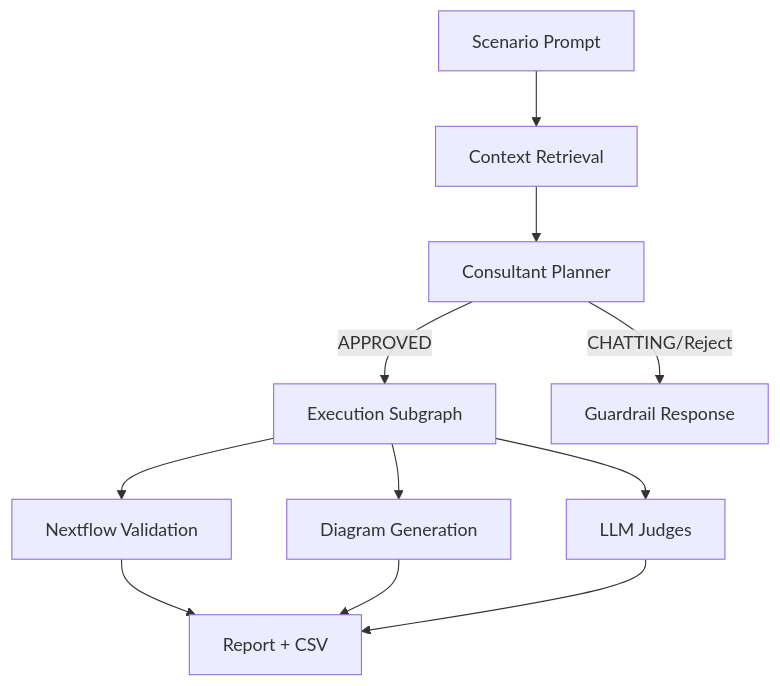
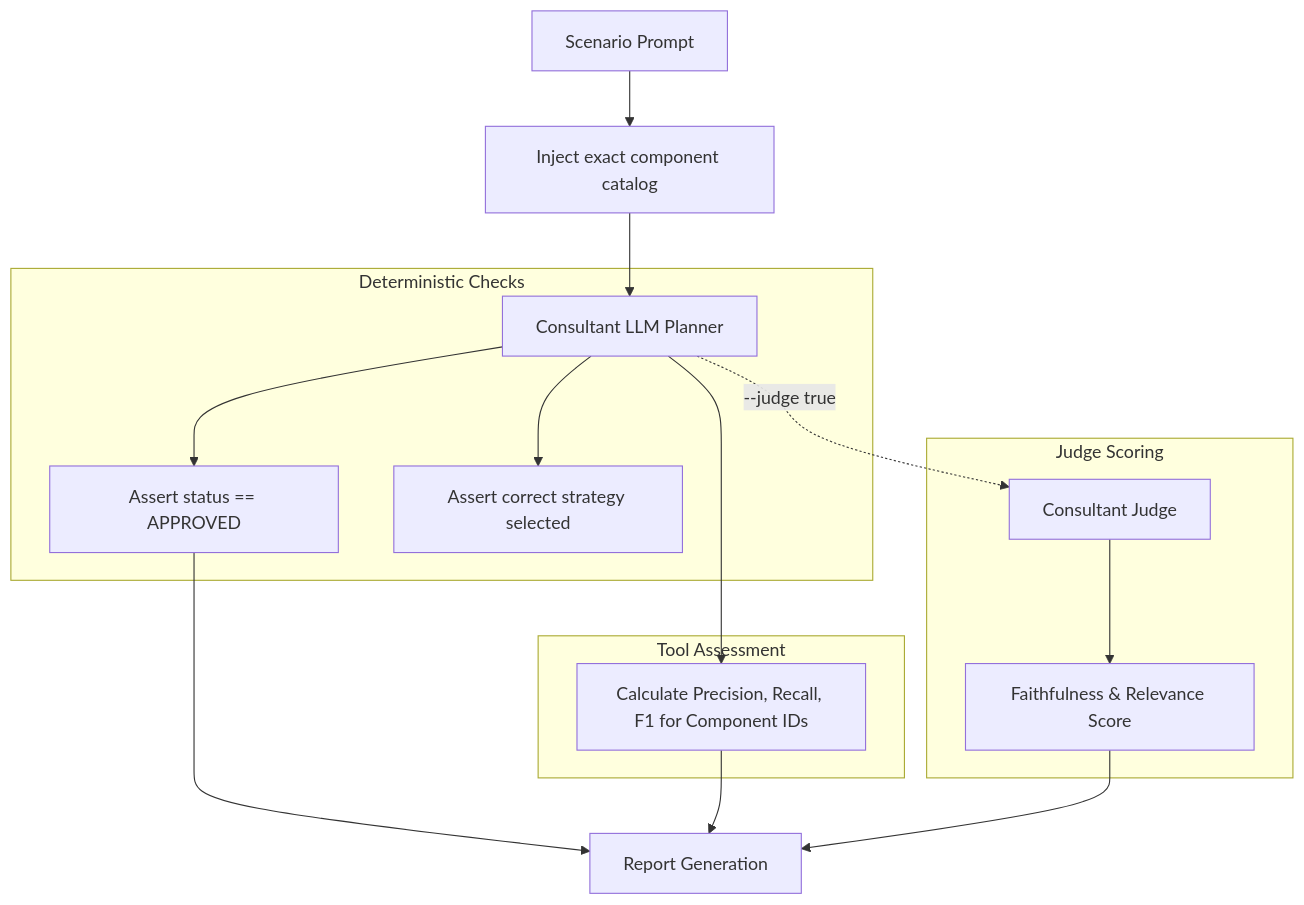
The third of 6 diagrams in tests/README.md (mgradyn/izs-llm), drawn with Mermaid before and after one commit. The commit also changed other lines of this file and 1 other file, not shown here.

````diff
--- a/tests/README.md
+++ b/tests/README.md
@@ -40,13 +86,23 @@
 ```mermaid
 flowchart TD
-  UserPrompt[Scenario Prompt] --> RAG[Context Retrieval]
-  RAG --> Consultant[Consultant Planner]
-  Consultant -->|APPROVED| Execution[Execution Subgraph]
-  Consultant -->|CHATTING/Reject| Reject[Guardrail Response]
-  Execution --> Validation[Nextflow Validation]
-  Execution --> Diagram[Diagram Generation]
-  Execution --> Judges[LLM Judges]
-  Validation --> Report[Report + CSV]
-  Diagram --> Report
-  Judges --> Report
+  Prompt[Scenario Prompt] --> Inject[Inject exact component catalog]
+  Inject --> Agent[Consultant LLM Planner]
+  
+  subgraph Deterministic Checks
+    Agent --> Check1[Assert status == APPROVED]
+    Agent --> Check2[Assert correct strategy selected]
+  end
+
+  subgraph Tool Assessment
+    Agent --> ToolMetrics[Calculate Precision, Recall, F1 for Component IDs]
+  end
+
+  subgraph Judge Scoring
+    Agent -.->|--judge true| Judge[Consultant Judge]
+    Judge --> J_Score[Faithfulness & Relevance Score]
+  end
+  
+  Check1 --> Report[Report Generation]
+  ToolMetrics --> Report
+  J_Score --> Report
 ```
````
